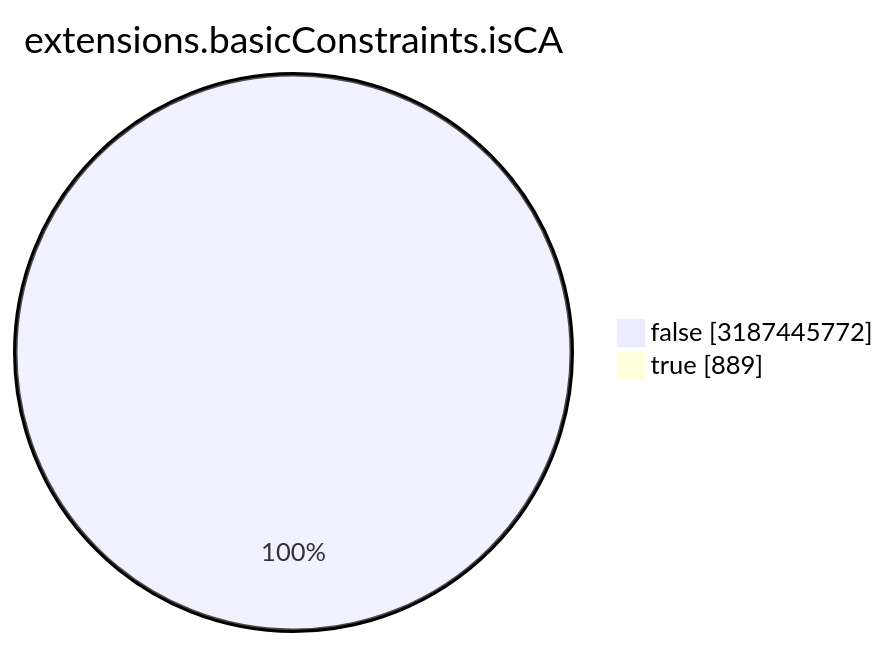
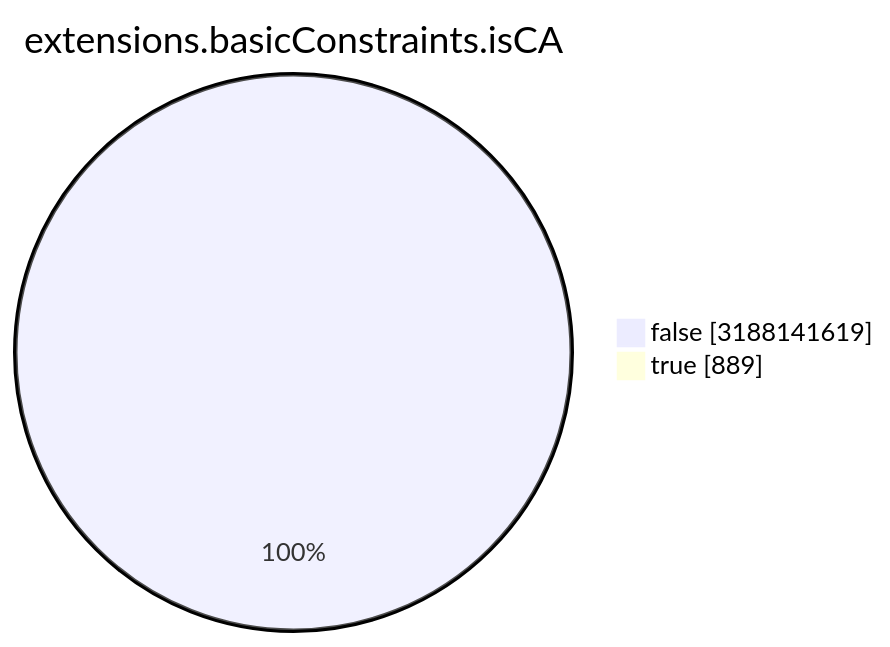
Before and after one commit to christiankrug/ctmonitor_visualization: the seventh of 15 diagrams in TOTAL/README.md, drawn with Mermaid. The commit also changed other lines of this file, not shown here.

````diff
--- a/TOTAL/README.md
+++ b/TOTAL/README.md
@@ -3088,6 +3088,6 @@
 ```mermaid
 pie showData
 title extensions.basicConstraints.isCA
-"false" :3187445772
+"false" :3188141619
 "true" :889
 ```
````
